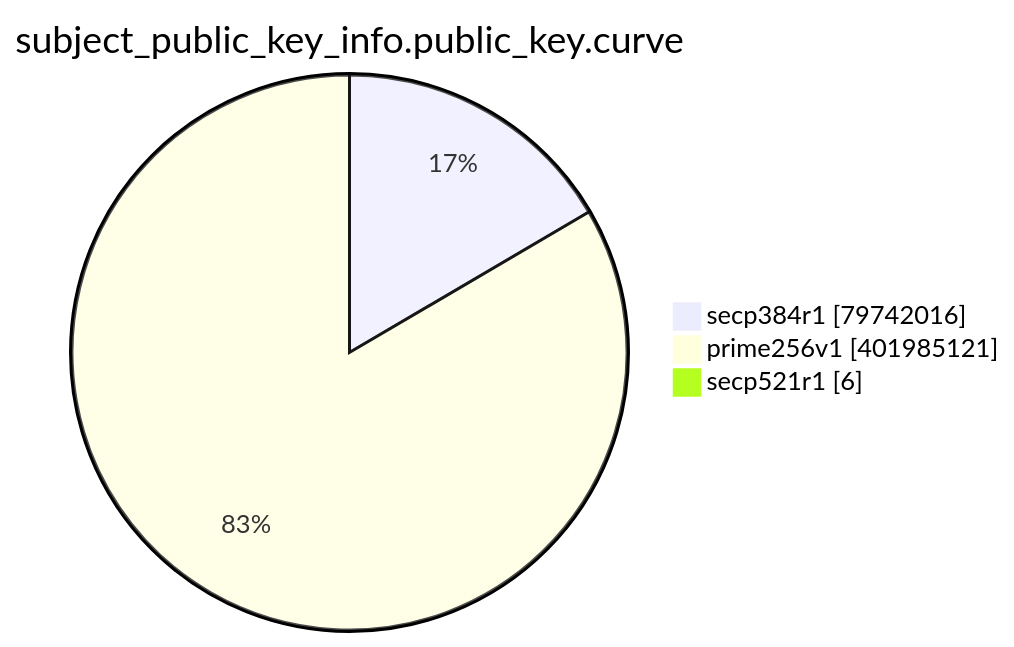
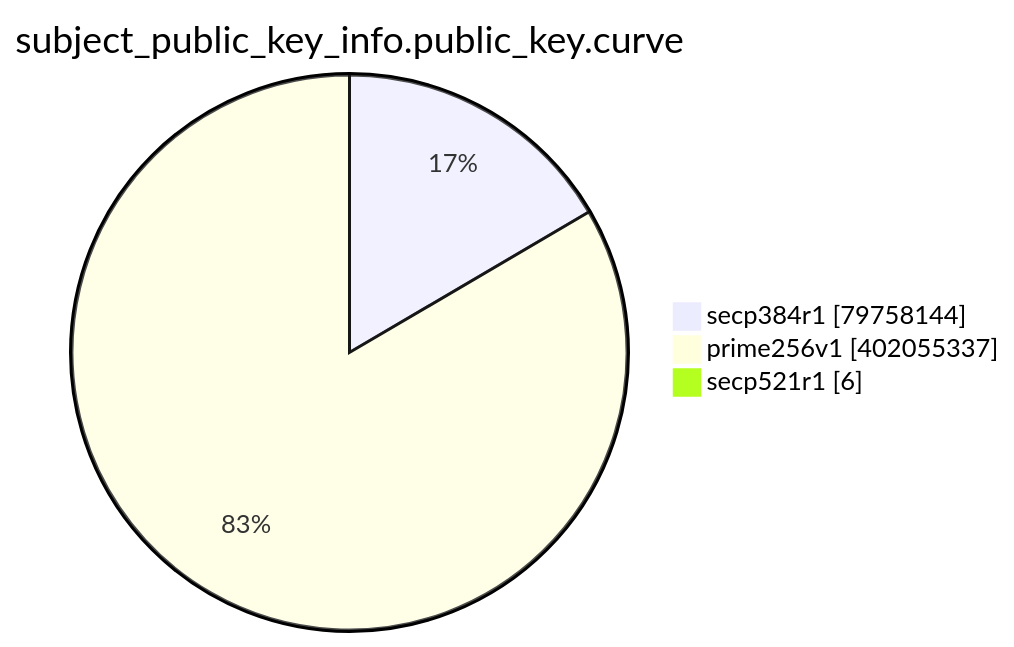
The eighth of 15 diagrams in TOTAL/README.md (christiankrug/ctmonitor_visualization), drawn with Mermaid before and after one commit. The commit also changed other lines of this file, not shown here.

````diff
--- a/TOTAL/README.md
+++ b/TOTAL/README.md
@@ -3095,7 +3095,7 @@
 ```mermaid
 pie showData
 title subject_public_key_info.public_key.curve
-"secp384r1" :79742016
-"prime256v1" :401985121
+"secp384r1" :79758144
+"prime256v1" :402055337
 "secp521r1" :6
 ```
````
